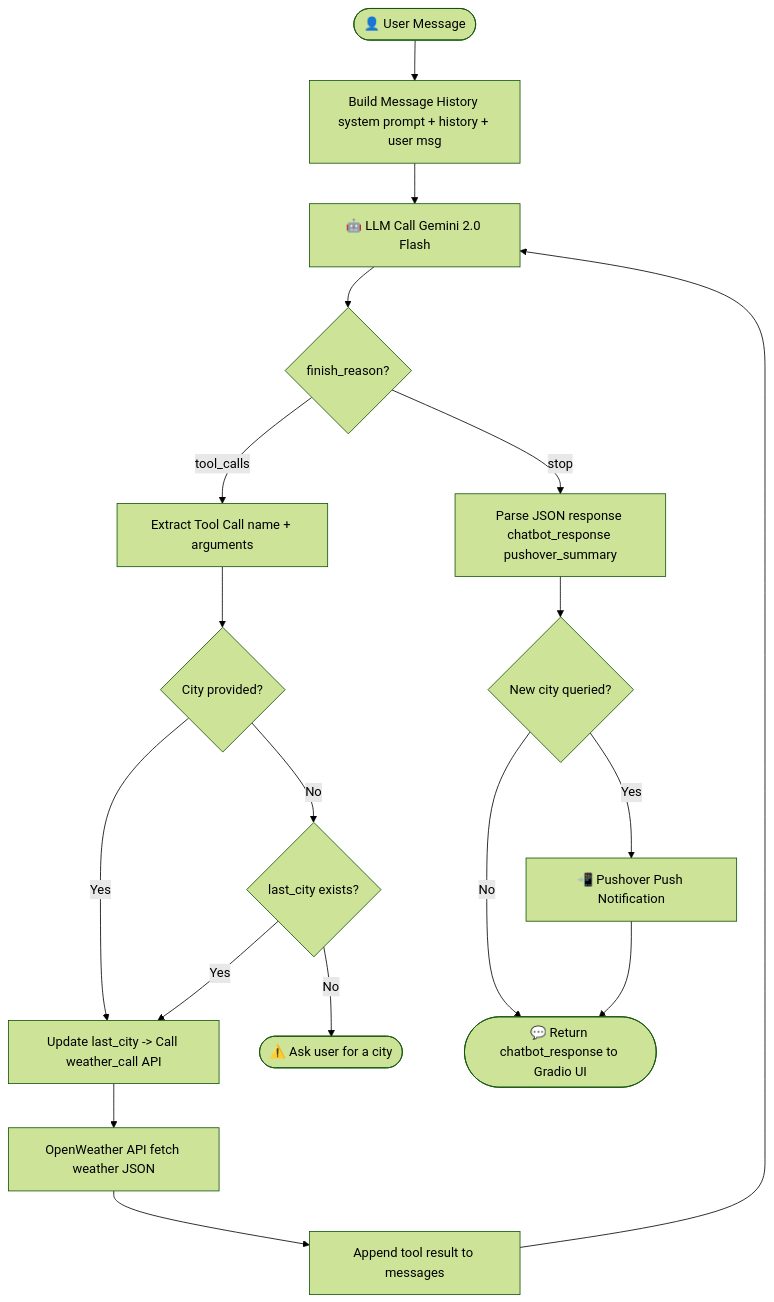
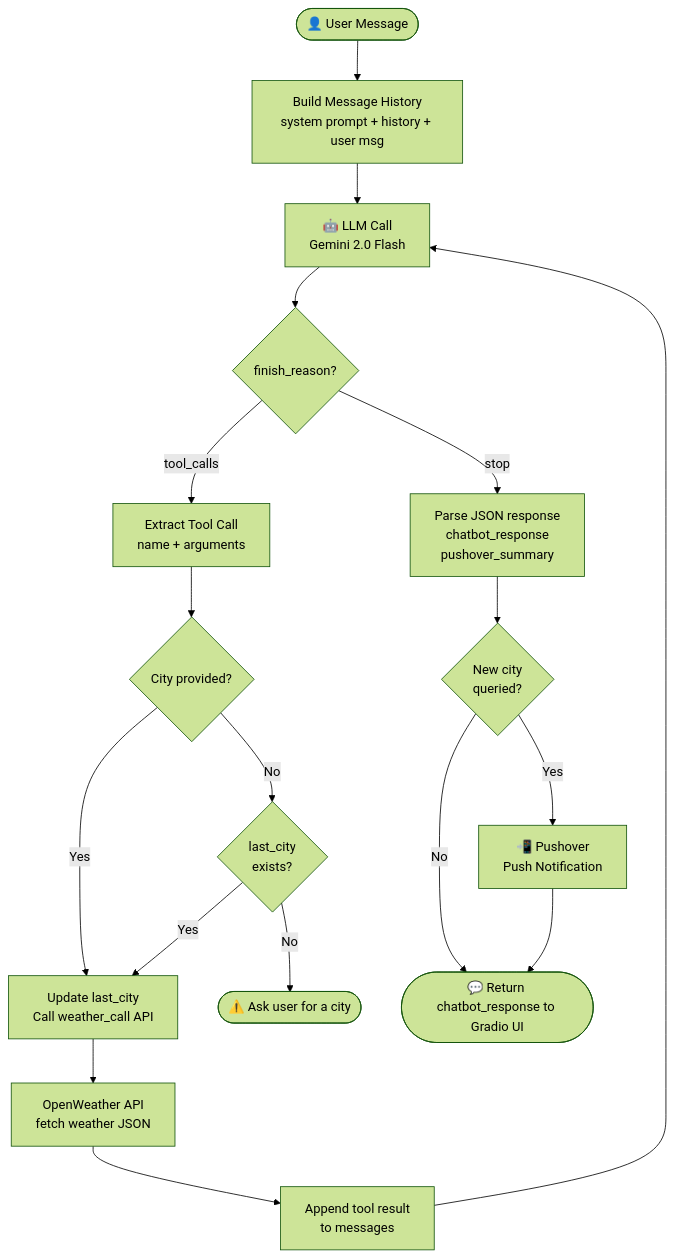
One commit to soumil2334/Weather-Chatbot changed the diagram in README.md. Above: the diagram before and after it, drawn with Mermaid (forest theme).

Commit message:
Changes Committed

````diff
--- a/README.md
+++ b/README.md
@@ -52,27 +52,27 @@
 ```mermaid
 flowchart TD
-    A([👤 User Message]) --> B[Build Message History system prompt + history + user msg]
-    B --> C[🤖 LLM Call Gemini 2.0 Flash]
+    A([👤 User Message]) --> B["Build Message History<br/>system prompt + history + user msg"]
+    B --> C["🤖 LLM Call<br/>Gemini 2.0 Flash"]
 
     C --> D{finish_reason?}
 
-    D -- tool_calls --> E[Extract Tool Call name + arguments]
+    D -- tool_calls --> E["Extract Tool Call<br/>name + arguments"]
     E --> F{City provided?}
 
-    F -- Yes --> G[Update last_city -> Call weather_call API]
-    F -- No --> H{last_city exists?}
+    F -- Yes --> G["Update last_city<br/>Call weather_call API"]
+    F -- No --> H{"last_city<br/>exists?"}
 
     H -- Yes --> G
-    H -- No --> I([⚠️ Ask user for a city])
+    H -- No --> I([" ⚠️ Ask user for a city"])
 
-    G --> J[OpenWeather API fetch weather JSON]
-    J --> K[Append tool result to messages]
+    G --> J["OpenWeather API<br/>fetch weather JSON"]
+    J --> K["Append tool result<br/>to messages"]
     K --> C
 
-    D -- stop --> L[Parse JSON response chatbot_response pushover_summary]
+    D -- stop --> L["Parse JSON response<br/>chatbot_response<br/>pushover_summary"]
 
-    L --> M{New city queried?}
-    M -- Yes --> N[📲 Pushover Push Notification]
+    L --> M{"New city<br/>queried?"}
+    M -- Yes --> N["📲 Pushover<br/>Push Notification"]
     M -- No --> O
-    N --> O([💬 Return chatbot_response to Gradio UI])
+    N --> O([" 💬 Return chatbot_response to Gradio UI"])
 ```
````
